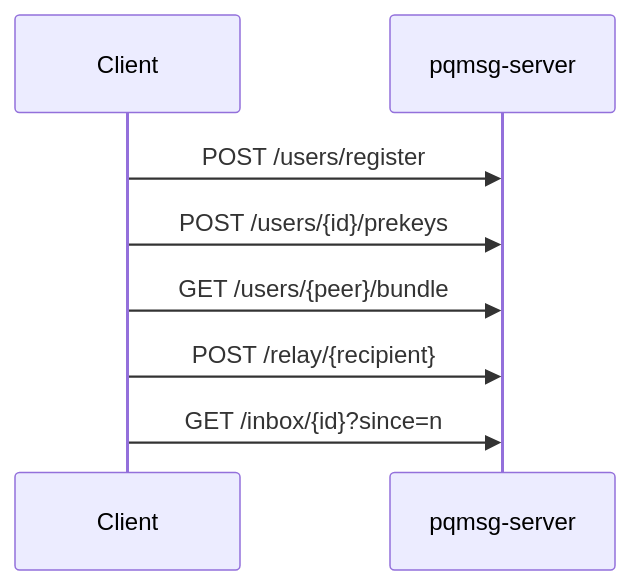
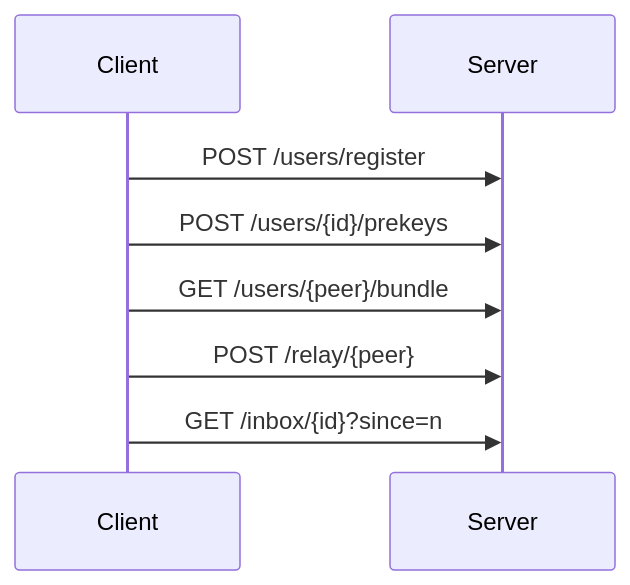
Before and after one commit to ErenAri/post-quantum-messaging-app: the first of 2 diagrams in docs/API.md, drawn with Mermaid. The commit also changed other lines of this file and 21 other files, not shown here.

````diff
--- a/docs/API.md
+++ b/docs/API.md
@@ -13,10 +14,10 @@
 ```mermaid
 sequenceDiagram
     participant C as Client
-    participant S as pqmsg-server
+    participant S as Server
     C->>S: POST /users/register
     C->>S: POST /users/{id}/prekeys
     C->>S: GET /users/{peer}/bundle
-    C->>S: POST /relay/{recipient}
+    C->>S: POST /relay/{peer}
     C->>S: GET /inbox/{id}?since=n
 ```
````
